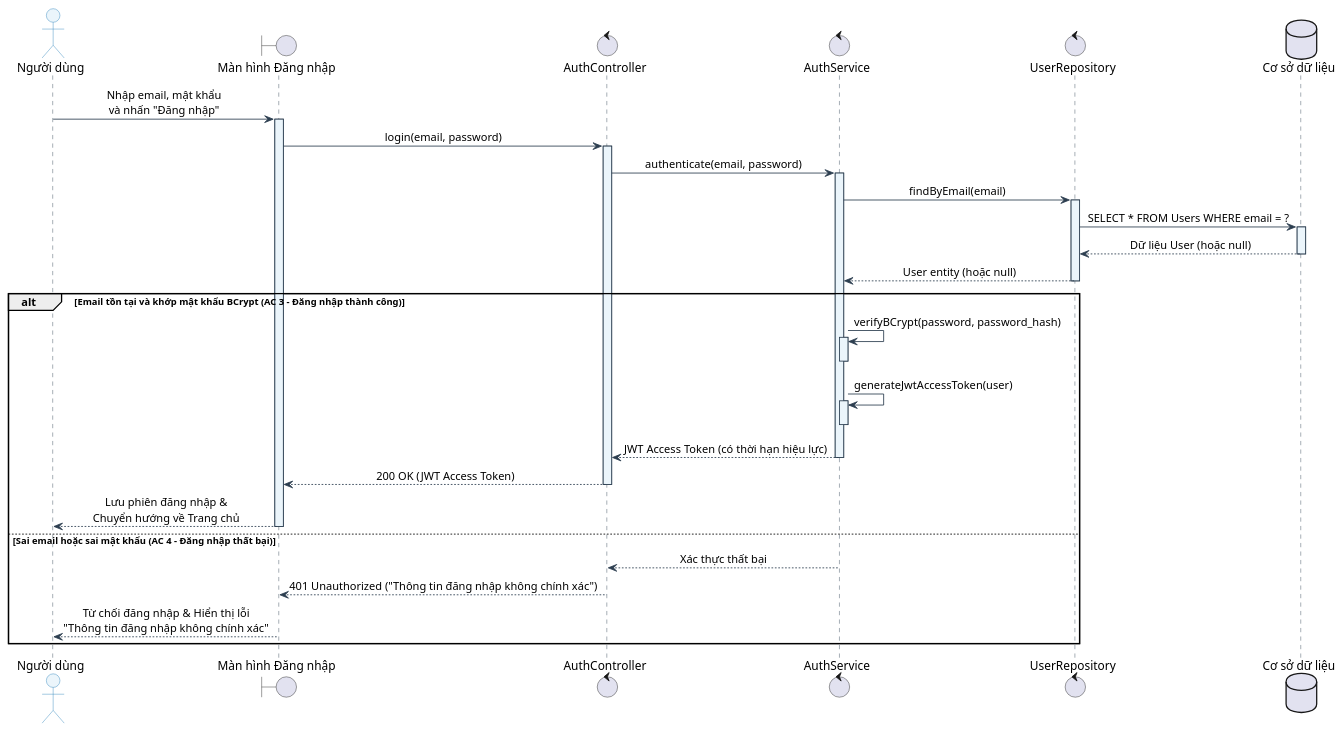
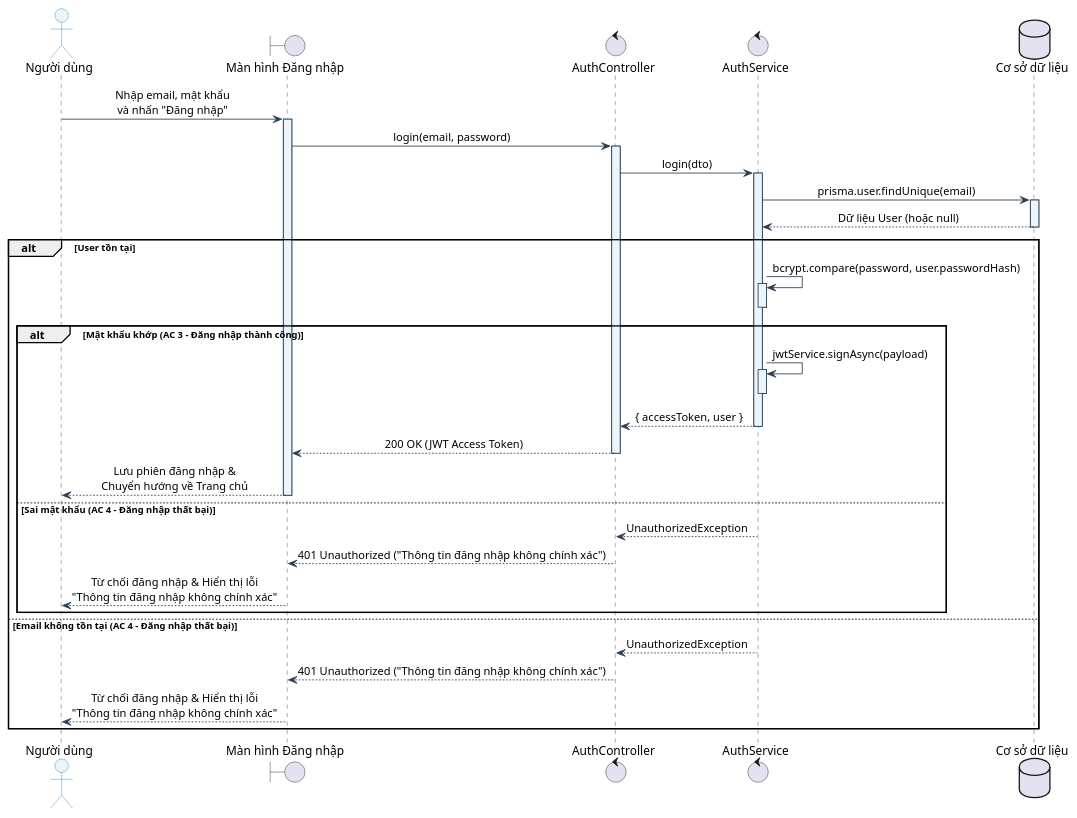
One commit to Phuc280106/BrewLite2 changed the diagram in docs/diagrams/auth/sequence-auth-login.puml. Above: the diagram before and after it, drawn with PlantUML. The commit also changed 5 other files, not shown here.

Commit message:
fix(diagram): chỉnh sửa lại các sequence auth

```diff
--- a/docs/diagrams/auth/sequence-auth-login.puml
+++ b/docs/diagrams/auth/sequence-auth-login.puml
@@ -1,51 +1,54 @@
 @startuml
 
 skinparam backgroundColor white
 skinparam sequence {
     ArrowColor #2C3E50
     LifeLineBorderColor #2C3E50
     LifeLineBorderThickness 1.5
     LifeLineBackgroundColor #EBF5FB
     ParticipantBorderColor #2980B9
     ParticipantBackgroundColor #EBF5FB
     ParticipantFontColor #1B4F72
     ActorBorderColor #2980B9
     ActorBackgroundColor #EBF5FB
     BoxBorderColor #2C3E50
     BoxBackgroundColor #FFFFFF
     MessageAlign center
     ResponseMessageBelowArrow true
 }
 
 autoactivate on
 
 actor "Người dùng" as User
 boundary "Màn hình Đăng nhập" as LoginUI
 control "AuthController" as Controller
 control "AuthService" as Service
-control "UserRepository" as Repo
 database "Cơ sở dữ liệu" as DB
 
 User -> LoginUI : Nhập email, mật khẩu\nvà nhấn "Đăng nhập"
 LoginUI -> Controller : login(email, password)
-Controller -> Service : authenticate(email, password)
-Service -> Repo : findByEmail(email)
-Repo -> DB : SELECT * FROM Users WHERE email = ?
-DB --> Repo : Dữ liệu User (hoặc null)
-Repo --> Service : User entity (hoặc null)
+Controller -> Service : login(dto)
+Service -> DB : prisma.user.findUnique(email)
+DB --> Service : Dữ liệu User (hoặc null)
 
-alt Email tồn tại và khớp mật khẩu BCrypt (AC 3 - Đăng nhập thành công)
-    Service -> Service : verifyBCrypt(password, password_hash)
+alt User tồn tại
+    Service -> Service : bcrypt.compare(password, user.passwordHash)
     deactivate Service
-    Service -> Service : generateJwtAccessToken(user)
-    deactivate Service
-    Service --> Controller : JWT Access Token (có thời hạn hiệu lực)
-    Controller --> LoginUI : 200 OK (JWT Access Token)
-    LoginUI --> User : Lưu phiên đăng nhập &\nChuyển hướng về Trang chủ
-else Sai email hoặc sai mật khẩu (AC 4 - Đăng nhập thất bại)
-    Service --> Controller : Xác thực thất bại
+    alt Mật khẩu khớp (AC 3 - Đăng nhập thành công)
+        Service -> Service : jwtService.signAsync(payload)
+        deactivate Service
+        Service --> Controller : { accessToken, user }
+        Controller --> LoginUI : 200 OK (JWT Access Token)
+        LoginUI --> User : Lưu phiên đăng nhập &\nChuyển hướng về Trang chủ
+    else Sai mật khẩu (AC 4 - Đăng nhập thất bại)
+        Service --> Controller : UnauthorizedException
+        Controller --> LoginUI : 401 Unauthorized ("Thông tin đăng nhập không chính xác")
+        LoginUI --> User : Từ chối đăng nhập & Hiển thị lỗi\n"Thông tin đăng nhập không chính xác"
+    end
+else Email không tồn tại (AC 4 - Đăng nhập thất bại)
+    Service --> Controller : UnauthorizedException
     Controller --> LoginUI : 401 Unauthorized ("Thông tin đăng nhập không chính xác")
     LoginUI --> User : Từ chối đăng nhập & Hiển thị lỗi\n"Thông tin đăng nhập không chính xác"
 end
 
 @enduml
```
